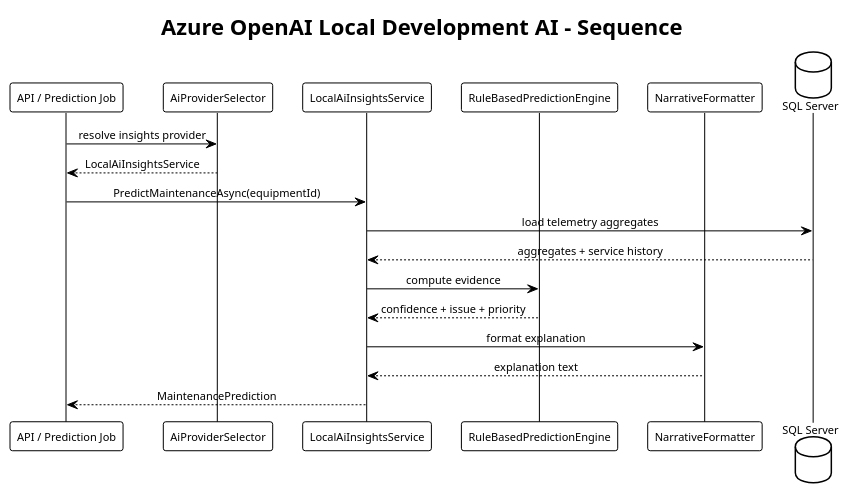
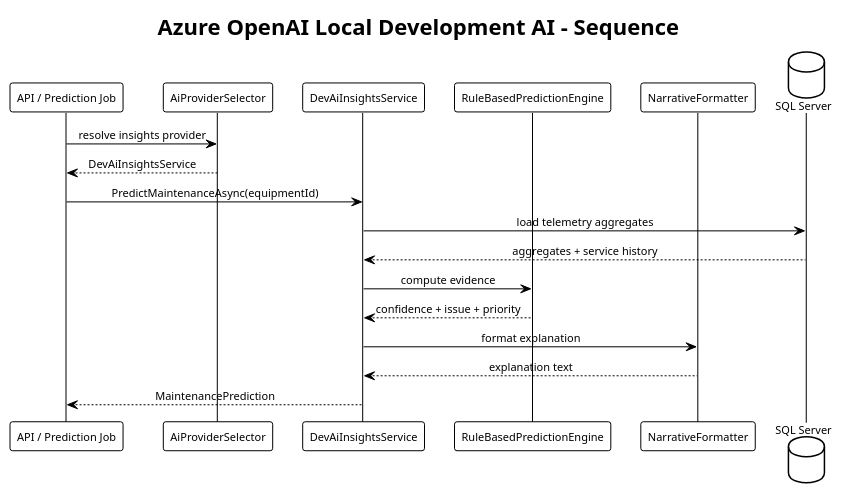
The diagram in docs/detailed-designs/21-openai-local-development-ai/diagrams/sequence_prediction_flow.puml (QuinntyneBrown/Toromont), drawn with PlantUML before and after one commit. The commit also changed 13 other files, not shown here.

First line of the commit message:
docs: update detailed designs 19-21, create design 22 (Azure Functions local dev)

```diff
--- a/docs/detailed-designs/21-openai-local-development-ai/diagrams/sequence_prediction_flow.puml
+++ b/docs/detailed-designs/21-openai-local-development-ai/diagrams/sequence_prediction_flow.puml
@@ -1,27 +1,27 @@
 @startuml sequence_prediction_flow
 !theme plain
 skinparam shadowing false
 skinparam defaultFontSize 11
 skinparam sequenceMessageAlign center
 
 title Azure OpenAI Local Development AI - Sequence
 
 participant "API / Prediction Job" as App
 participant "AiProviderSelector" as Selector
-participant "LocalAiInsightsService" as Insights
+participant "DevAiInsightsService" as Insights
 participant "RuleBasedPredictionEngine" as Engine
 participant "NarrativeFormatter" as Narrative
 database "SQL Server" as Db
 
 App -> Selector : resolve insights provider
-Selector --> App : LocalAiInsightsService
+Selector --> App : DevAiInsightsService
 App -> Insights : PredictMaintenanceAsync(equipmentId)
 Insights -> Db : load telemetry aggregates
 Db --> Insights : aggregates + service history
 Insights -> Engine : compute evidence
 Engine --> Insights : confidence + issue + priority
 Insights -> Narrative : format explanation
 Narrative --> Insights : explanation text
 Insights --> App : MaintenancePrediction
 
 @enduml
```
